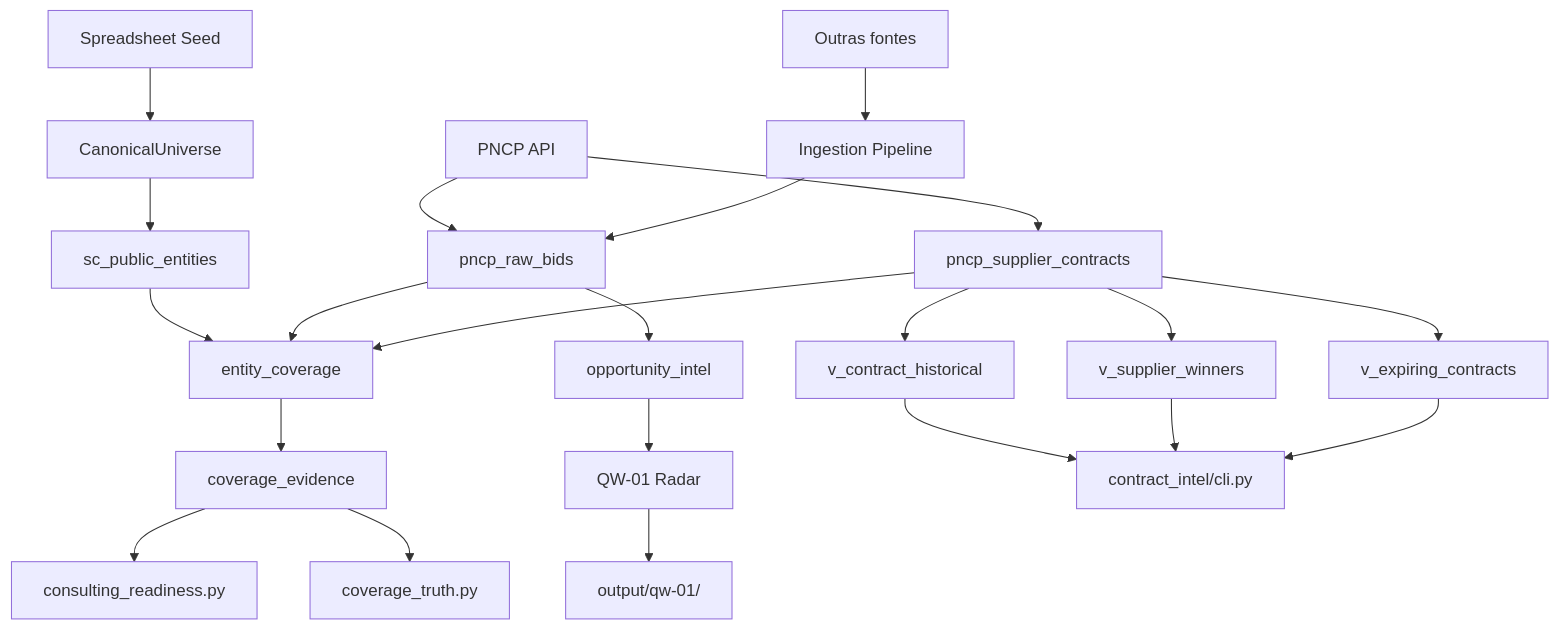
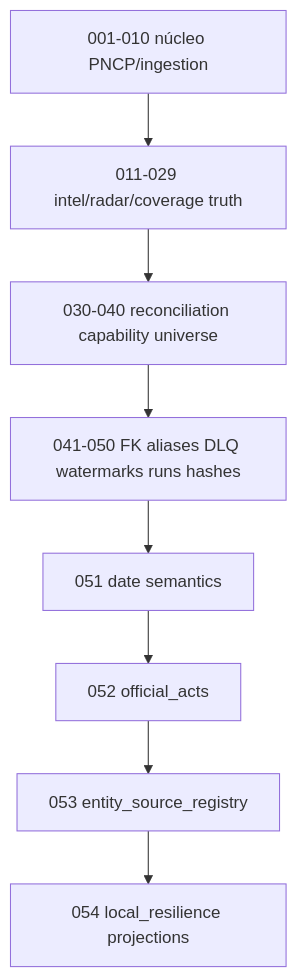
The first of 2 diagrams in _reversa_sdd/flowcharts/db.md (tjsasakifln/extra-cli), drawn with Mermaid before and after one commit. The commit also changed other lines of this file and 164 other files, not shown here.

````diff
--- a/_reversa_sdd/flowcharts/db.md
+++ b/_reversa_sdd/flowcharts/db.md
@@ -147,30 +7,10 @@
 ```mermaid
 flowchart TD
-    A[Spreadsheet Seed] --> B[CanonicalUniverse]
-    B --> C[sc_public_entities]
-
-    D[PNCP API] --> E[pncp_raw_bids]
-    D --> F[pncp_supplier_contracts]
-
-    G[Outras fontes] --> H[Ingestion Pipeline]
-    H --> E
-
-    C --> I[entity_coverage]
-    E --> I
-    F --> I
-
-    I --> J[coverage_evidence]
-    J --> K[consulting_readiness.py]
-    J --> L[coverage_truth.py]
-
-    E --> M[opportunity_intel]
-    M --> N[QW-01 Radar]
-    N --> O[output/qw-01/]
-
-    F --> P[v_contract_historical]
-    F --> Q[v_supplier_winners]
-    F --> R[v_expiring_contracts]
-    P --> S[contract_intel/cli.py]
-    Q --> S
-    R --> S
+    A[001-010 núcleo PNCP/ingestion] --> B[011-029 intel/radar/coverage truth]
+    B --> C[030-040 reconciliation capability universe]
+    C --> D[041-050 FK aliases DLQ watermarks runs hashes]
+    D --> E[051 date semantics]
+    E --> F[052 official_acts]
+    F --> G[053 entity_source_registry]
+    G --> H[054 local_resilience projections]
 ```
````
